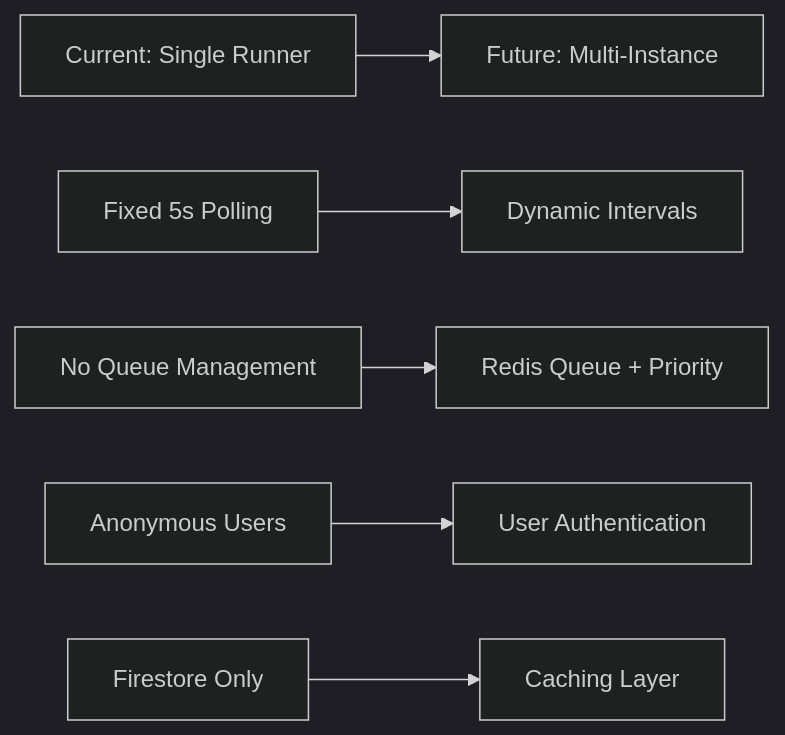
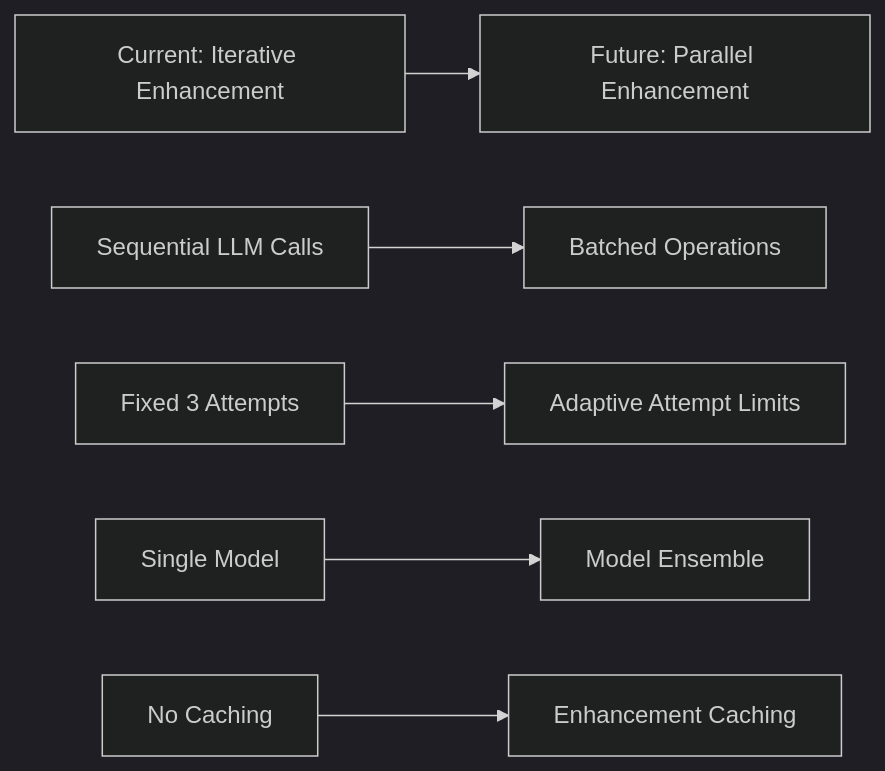
The seventh of 7 diagrams in docs/ai-agent-workflow-analysis.md (ryoshumei/what-if-ver-zenn-hackathon), drawn with Mermaid (dark theme) before and after one commit. The commit also changed other lines of this file and 1 other file, not shown here.

Commit message:
`docs,ci: update AI workflow with iterative prompt enhancement; simplify Cloud Run SA flag handling`

````diff
--- a/docs/ai-agent-workflow-analysis.md
+++ b/docs/ai-agent-workflow-analysis.md
@@ -395,8 +504,8 @@
 ```mermaid
 flowchart LR
-    A[Current: Single Runner] --> B[Future: Multi-Instance]
-    C[Fixed 5s Polling] --> D[Dynamic Intervals]
-    E[No Queue Management] --> F[Redis Queue + Priority]
-    G[Anonymous Users] --> H[User Authentication]
-    I[Firestore Only] --> J[Caching Layer]
+    A[Current: Iterative Enhancement] --> B[Future: Parallel Enhancement]
+    C[Sequential LLM Calls] --> D[Batched Operations]
+    E[Fixed 3 Attempts] --> F[Adaptive Attempt Limits]
+    G[Single Model] --> H[Model Ensemble]
+    I[No Caching] --> J[Enhancement Caching]
 ```
````
